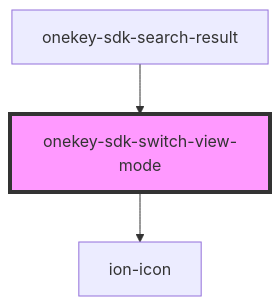
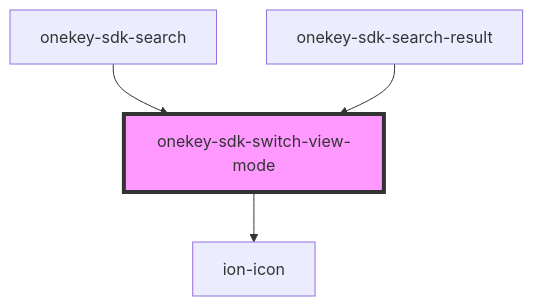
Before and after one commit to hcl-sdk/HealthCareLocatorWebSDK: the diagram in packages/onekey-sdk-core-ui/docs/components/ui-kits/onekey-sdk-switch-view-mode/readme.md, drawn with Mermaid. The commit also changed other lines of this file and 25 other files, not shown here.

````diff
--- a/packages/onekey-sdk-core-ui/docs/components/ui-kits/onekey-sdk-switch-view-mode/readme.md
+++ b/packages/onekey-sdk-core-ui/docs/components/ui-kits/onekey-sdk-switch-view-mode/readme.md
@@ -26,6 +34,7 @@
 ```mermaid
 graph TD;
   onekey-sdk-switch-view-mode --> ion-icon
+  onekey-sdk-search --> onekey-sdk-switch-view-mode
   onekey-sdk-search-result --> onekey-sdk-switch-view-mode
   style onekey-sdk-switch-view-mode fill:#f9f,stroke:#333,stroke-width:4px
 ```
````
